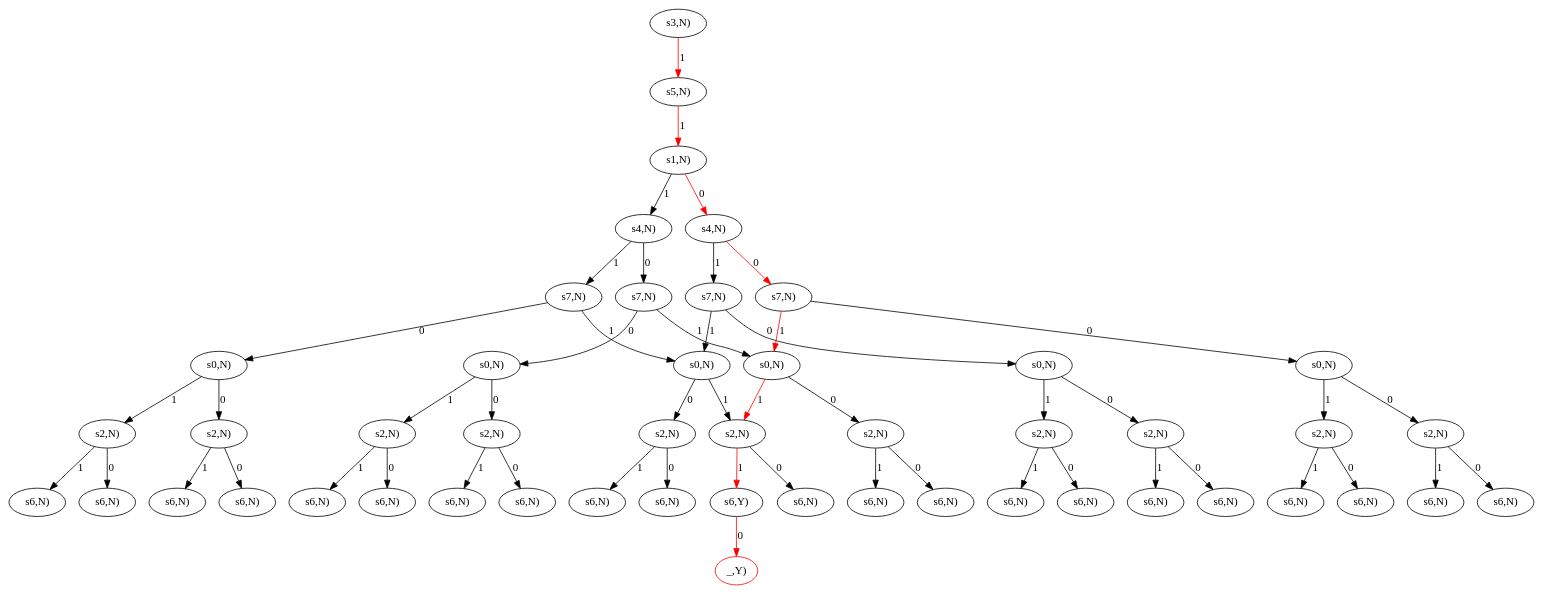
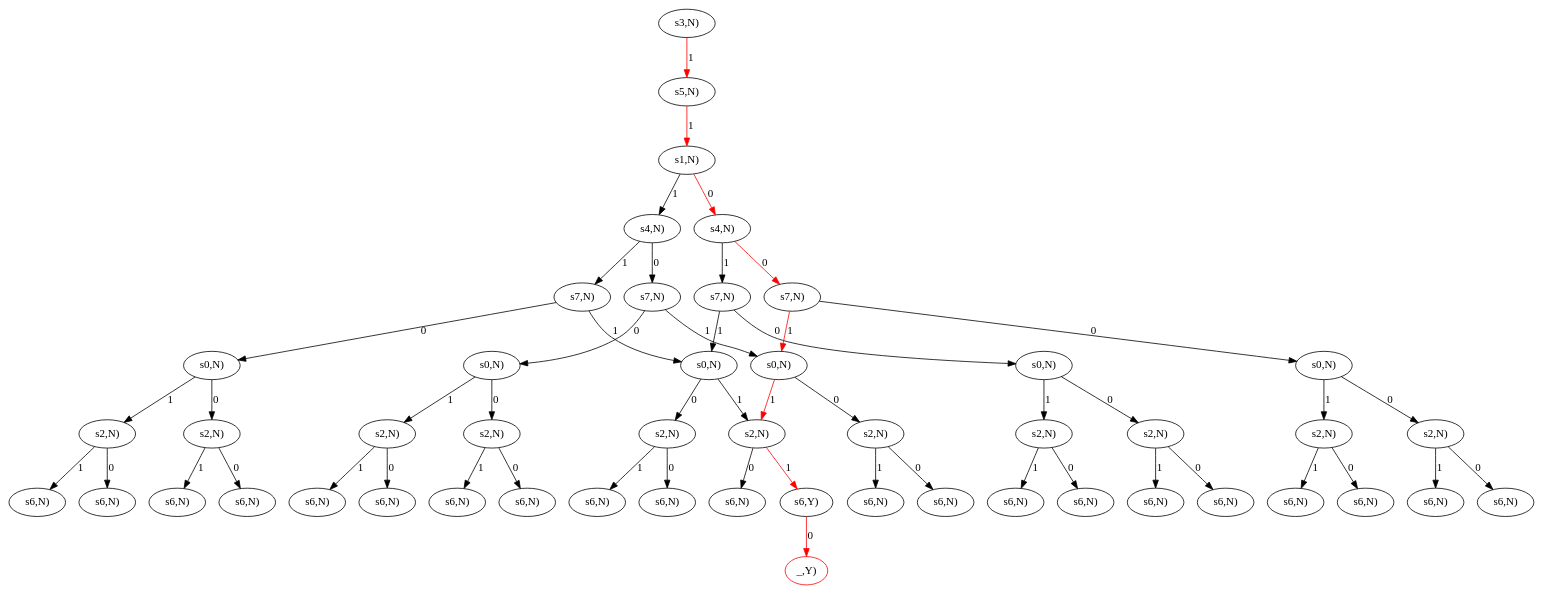
The diagram in java/EjemplosAlgoritmos/ficheros/subconjuntosBTGraph.gv (migueltoro/ada_v2_18), drawn with Graphviz before and after one commit. The commit also changed 4 other files, not shown here.

```diff
--- a/java/EjemplosAlgoritmos/ficheros/subconjuntosBTGraph.gv
+++ b/java/EjemplosAlgoritmos/ficheros/subconjuntosBTGraph.gv
@@ -1,102 +1,102 @@
 strict digraph G {
-  1 [ label="s6,Y)" ];
-  2 [ color="red" label="_,Y)" ];
-  3 [ label="s2,N)" ];
-  4 [ label="s6,N)" ];
-  5 [ label="s0,N)" ];
-  6 [ label="s2,N)" ];
-  7 [ label="s6,N)" ];
-  8 [ label="s6,N)" ];
-  9 [ label="s7,N)" ];
-  10 [ label="s2,N)" ];
-  11 [ label="s6,N)" ];
-  12 [ label="s6,N)" ];
-  13 [ label="s0,N)" ];
-  14 [ label="s2,N)" ];
-  15 [ label="s6,N)" ];
-  16 [ label="s6,N)" ];
-  17 [ label="s4,N)" ];
+  1 [ label="s2,N)" ];
+  2 [ label="s6,N)" ];
+  3 [ label="s0,N)" ];
+  4 [ label="s2,N)" ];
+  5 [ label="s6,N)" ];
+  6 [ label="s6,N)" ];
+  7 [ label="s7,N)" ];
+  8 [ label="s2,N)" ];
+  9 [ label="s6,N)" ];
+  10 [ label="s6,N)" ];
+  11 [ label="s0,N)" ];
+  12 [ label="s2,N)" ];
+  13 [ label="s6,N)" ];
+  14 [ label="s6,N)" ];
+  15 [ label="s4,N)" ];
+  16 [ label="s6,Y)" ];
+  17 [ color="red" label="_,Y)" ];
   18 [ label="s0,N)" ];
   19 [ label="s2,N)" ];
   20 [ label="s6,N)" ];
   21 [ label="s6,N)" ];
   22 [ label="s7,N)" ];
   23 [ label="s2,N)" ];
   24 [ label="s6,N)" ];
   25 [ label="s6,N)" ];
   26 [ label="s0,N)" ];
   27 [ label="s2,N)" ];
   28 [ label="s6,N)" ];
   29 [ label="s6,N)" ];
   30 [ label="s1,N)" ];
   31 [ label="s7,N)" ];
   32 [ label="s2,N)" ];
   33 [ label="s6,N)" ];
   34 [ label="s6,N)" ];
   35 [ label="s0,N)" ];
   36 [ label="s2,N)" ];
   37 [ label="s6,N)" ];
   38 [ label="s6,N)" ];
   39 [ label="s4,N)" ];
   40 [ label="s7,N)" ];
   41 [ label="s2,N)" ];
   42 [ label="s6,N)" ];
   43 [ label="s6,N)" ];
   44 [ label="s0,N)" ];
   45 [ label="s2,N)" ];
   46 [ label="s6,N)" ];
   47 [ label="s6,N)" ];
   48 [ label="s5,N)" ];
   49 [ label="s3,N)" ];
-  1 -> 2 [ color="red" label="0" ];
-  3 -> 1 [ color="red" label="1" ];
+  1 -> 2 [ label="0" ];
+  3 -> 1 [ label="1" ];
+  4 -> 5 [ label="1" ];
+  4 -> 6 [ label="0" ];
   3 -> 4 [ label="0" ];
-  5 -> 3 [ label="1" ];
-  6 -> 7 [ label="1" ];
-  6 -> 8 [ label="0" ];
-  5 -> 6 [ label="0" ];
-  9 -> 5 [ label="1" ];
-  10 -> 11 [ label="1" ];
-  10 -> 12 [ label="0" ];
-  13 -> 10 [ label="1" ];
-  14 -> 15 [ label="1" ];
-  14 -> 16 [ label="0" ];
-  13 -> 14 [ label="0" ];
-  9 -> 13 [ label="0" ];
-  17 -> 9 [ label="1" ];
-  18 -> 3 [ color="red" label="1" ];
+  7 -> 3 [ label="1" ];
+  8 -> 9 [ label="1" ];
+  8 -> 10 [ label="0" ];
+  11 -> 8 [ label="1" ];
+  12 -> 13 [ label="1" ];
+  12 -> 14 [ label="0" ];
+  11 -> 12 [ label="0" ];
+  7 -> 11 [ label="0" ];
+  15 -> 7 [ label="1" ];
+  16 -> 17 [ color="red" label="0" ];
+  1 -> 16 [ color="red" label="1" ];
+  18 -> 1 [ color="red" label="1" ];
   19 -> 20 [ label="1" ];
   19 -> 21 [ label="0" ];
   18 -> 19 [ label="0" ];
   22 -> 18 [ label="1" ];
   23 -> 24 [ label="1" ];
   23 -> 25 [ label="0" ];
   26 -> 23 [ label="1" ];
   27 -> 28 [ label="1" ];
   27 -> 29 [ label="0" ];
   26 -> 27 [ label="0" ];
   22 -> 26 [ label="0" ];
-  17 -> 22 [ label="0" ];
-  30 -> 17 [ label="1" ];
-  31 -> 5 [ label="1" ];
+  15 -> 22 [ label="0" ];
+  30 -> 15 [ label="1" ];
+  31 -> 3 [ label="1" ];
   32 -> 33 [ label="1" ];
   32 -> 34 [ label="0" ];
   35 -> 32 [ label="1" ];
   36 -> 37 [ label="1" ];
   36 -> 38 [ label="0" ];
   35 -> 36 [ label="0" ];
   31 -> 35 [ label="0" ];
   39 -> 31 [ label="1" ];
   40 -> 18 [ color="red" label="1" ];
   41 -> 42 [ label="1" ];
   41 -> 43 [ label="0" ];
   44 -> 41 [ label="1" ];
   45 -> 46 [ label="1" ];
   45 -> 47 [ label="0" ];
   44 -> 45 [ label="0" ];
   40 -> 44 [ label="0" ];
   39 -> 40 [ color="red" label="0" ];
   30 -> 39 [ color="red" label="0" ];
   48 -> 30 [ color="red" label="1" ];
   49 -> 48 [ color="red" label="1" ];
 }
```
